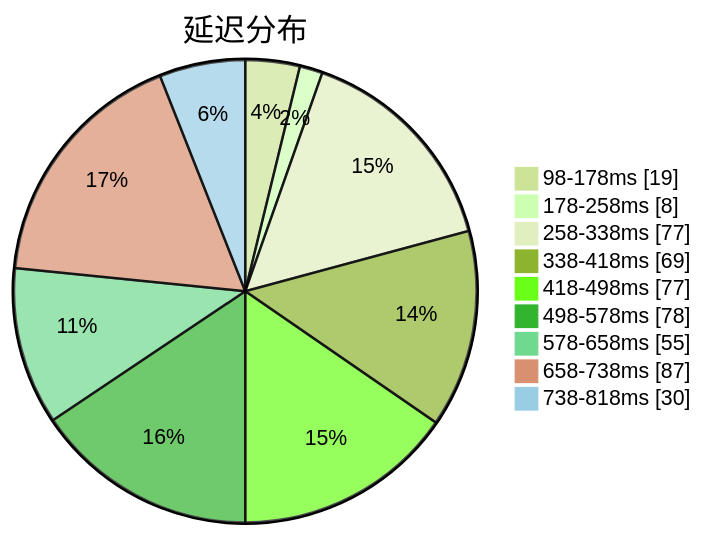
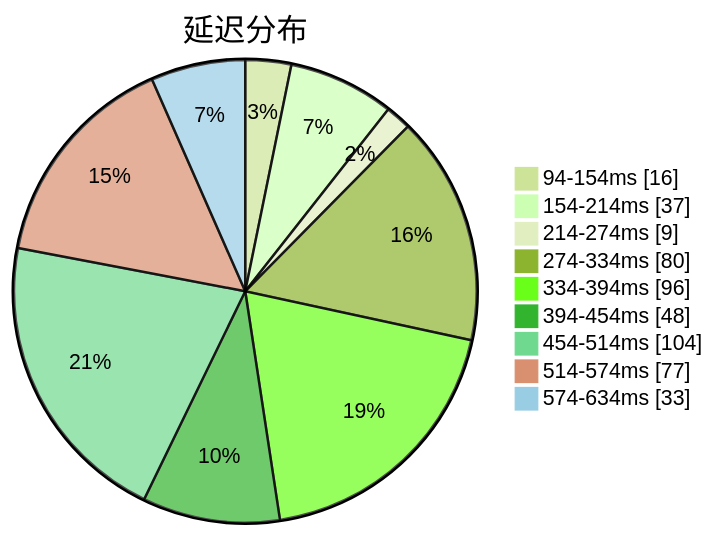
The first of 3 diagrams in subs/statistics/tested_within.md (sinspired/airport), drawn with Mermaid (forest theme) before and after one commit. The commit also changed other lines of this file and 2 other files, not shown here.

````diff
--- a/subs/statistics/tested_within.md
+++ b/subs/statistics/tested_within.md
@@ -2,13 +2,13 @@
 ```mermaid
 pie showData
 title 延迟分布
-"98-178ms" : 19
-"178-258ms" : 8
-"258-338ms" : 77
-"338-418ms" : 69
-"418-498ms" : 77
-"498-578ms" : 78
-"578-658ms" : 55
-"658-738ms" : 87
-"738-818ms" : 30
+"94-154ms" : 16
+"154-214ms" : 37
+"214-274ms" : 9
+"274-334ms" : 80
+"334-394ms" : 96
+"394-454ms" : 48
+"454-514ms" : 104
+"514-574ms" : 77
+"574-634ms" : 33
 ```
````
